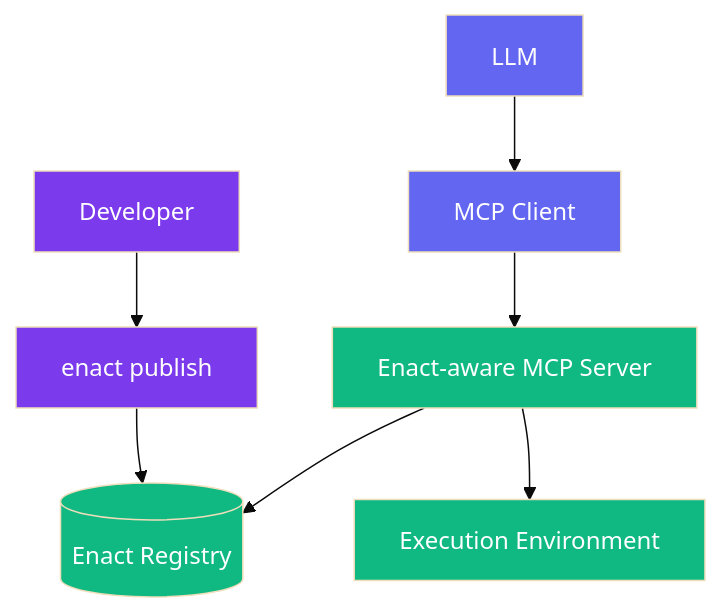
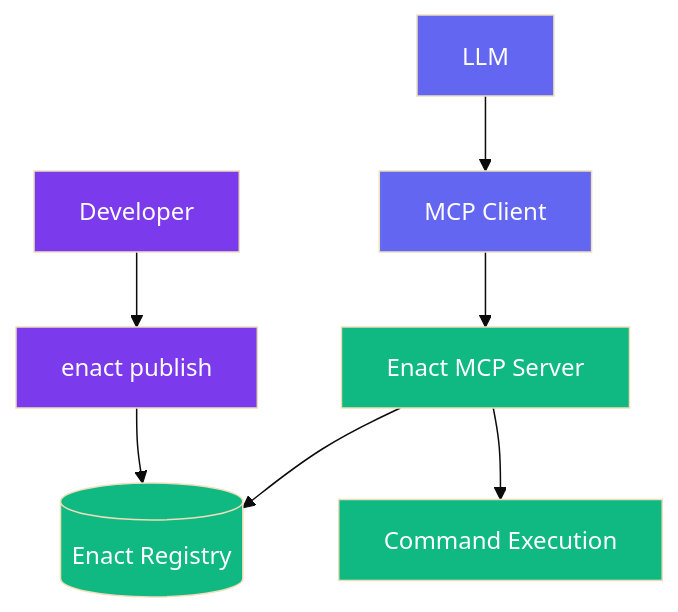
Before and after one commit to EnactProtocol/encat-spec-and-tools: the diagram in README.md, drawn with Mermaid (base theme). The commit also changed other lines of this file, not shown here.

````diff
--- a/README.md
+++ b/README.md
@@ -280,18 +289,18 @@
 ```mermaid
 flowchart TB
     Dev[Developer] --> CLI["enact publish"]
     CLI --> Registry[(Enact Registry)]
     
     LLM --> MCPClient["MCP Client"]
-    MCPClient --> MCPServer["Enact-aware MCP Server"]
-    MCPServer --> Registry
-    MCPServer --> ExecEnv["Execution Environment"]
+    MCPClient --> EnactMCP["Enact MCP Server"]
+    EnactMCP --> Registry
+    EnactMCP --> ExecEnv["Command Execution"]
     
     classDef ai fill:#6366F1,color:white
     classDef enact fill:#10B981,color:white
     classDef dev fill:#7C3AED,color:white
 
     class LLM,MCPClient ai
-    class Registry,ExecEnv,MCPServer enact
+    class Registry,ExecEnv,EnactMCP enact
     class Dev,CLI dev
 ```
````
